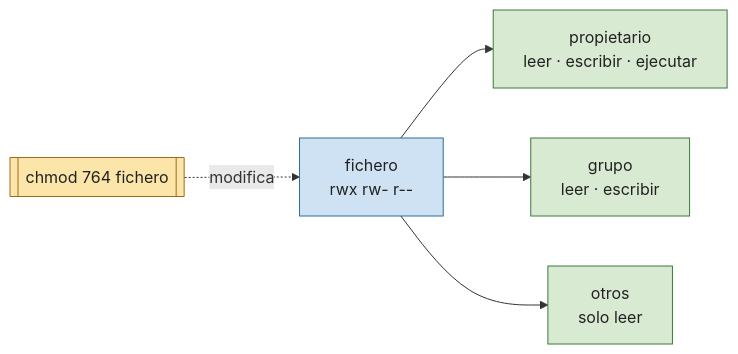
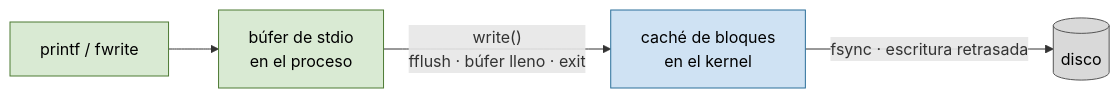
One commit to asiermarzo/ssoo changed the second of 2 diagrams in TEORIA/sistemas-de-ficheros/README.md. Above: the diagram before and after it, drawn with Mermaid. The commit also changed other lines of this file and 3 other files, not shown here.

````diff
--- a/TEORIA/sistemas-de-ficheros/README.md
+++ b/TEORIA/sistemas-de-ficheros/README.md
@@ -150,15 +341,13 @@
 ```mermaid
 flowchart LR
-    F["fichero<br/>rwx rw- r--"] --> U["propietario<br/>leer · escribir · ejecutar"]
-    F --> G["grupo<br/>leer · escribir"]
-    F --> O["otros<br/>solo leer"]
-    CH[["chmod 764 fichero"]] -. modifica .-> F
+    P["printf / fwrite"] --> B["búfer de stdio<br/>en el proceso"]
+    B -- "write()<br/>fflush · búfer lleno · exit" --> K["caché de bloques<br/>en el kernel"]
+    K -- "fsync · escritura retrasada" --> D[("disco")]
 
-    classDef fichero fill:#cfe2f3,stroke:#2b6f99,color:#222;
-    classDef permiso fill:#d9ead3,stroke:#3a7a3a,color:#222;
-    classDef comando fill:#fce5a8,stroke:#a06a1a,color:#222;
-
-    class F fichero;
-    class U,G,O permiso;
-    class CH comando;
+    classDef proceso fill:#d9ead3,stroke:#4d7a33,color:#000;
+    classDef kernel fill:#cfe2f3,stroke:#2b6f99,color:#000;
+    classDef disco fill:#d9d9d9,stroke:#555,color:#000;
+    class P,B proceso;
+    class K kernel;
+    class D disco;
 ```
````
